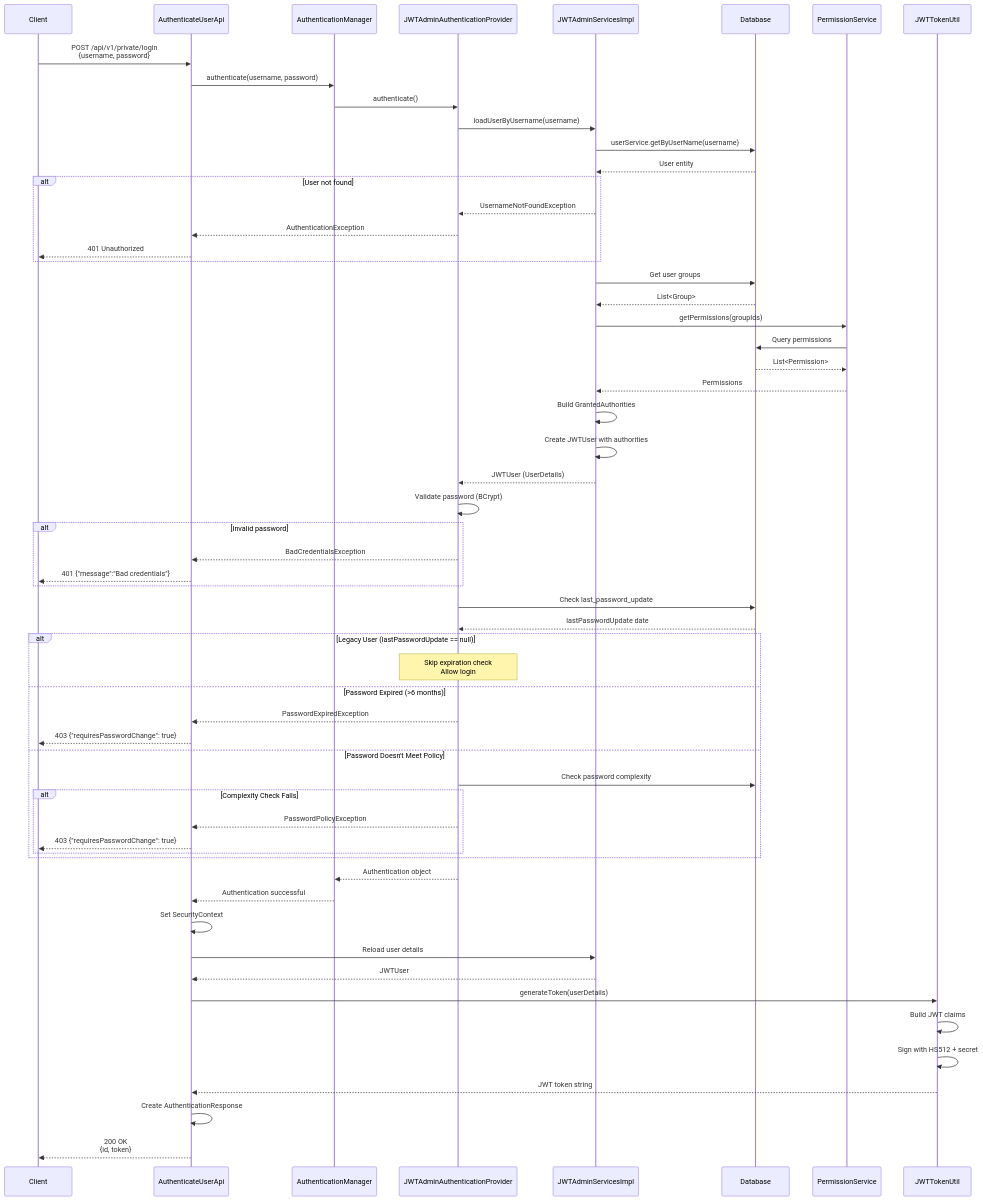
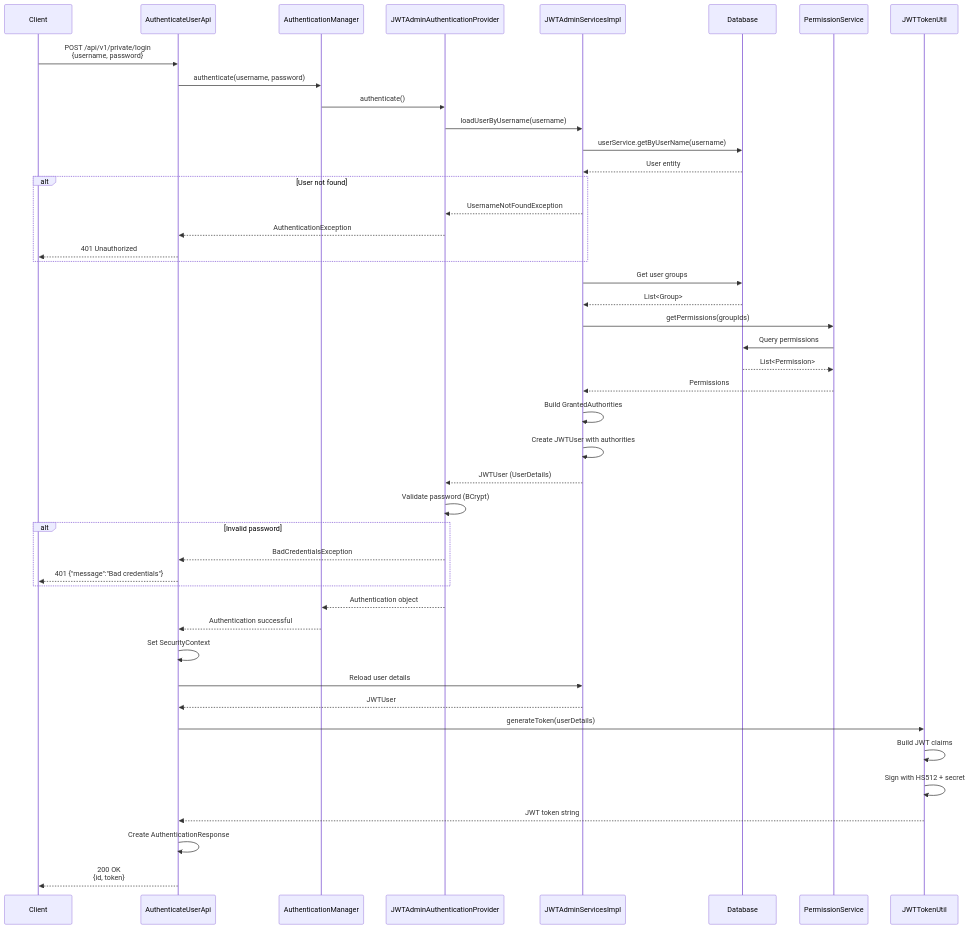
Before and after one commit to vmatviichuk-epam/shopizer: the second of 4 diagrams in docs/login-process.md, drawn with Mermaid. The commit also changed other lines of this file, not shown here.

````diff
--- a/docs/login-process.md
+++ b/docs/login-process.md
@@ -115,76 +105,60 @@
 ```mermaid
 sequenceDiagram
     participant Client
     participant AuthAPI as AuthenticateUserApi
     participant AuthMgr as AuthenticationManager
     participant AuthProvider as JWTAdminAuthenticationProvider
     participant UserService as JWTAdminServicesImpl
     participant DB as Database
     participant PermSvc as PermissionService
     participant TokenUtil as JWTTokenUtil
 
     Client->>AuthAPI: POST /api/v1/private/login<br/>{username, password}
 
     AuthAPI->>AuthMgr: authenticate(username, password)
     AuthMgr->>AuthProvider: authenticate()
 
     AuthProvider->>UserService: loadUserByUsername(username)
     UserService->>DB: userService.getByUserName(username)
     DB-->>UserService: User entity
 
     alt User not found
         UserService-->>AuthProvider: UsernameNotFoundException
         AuthProvider-->>AuthAPI: AuthenticationException
         AuthAPI-->>Client: 401 Unauthorized
     end
 
     UserService->>DB: Get user groups
     DB-->>UserService: List<Group>
 
     UserService->>PermSvc: getPermissions(groupIds)
     PermSvc->>DB: Query permissions
     DB-->>PermSvc: List<Permission>
     PermSvc-->>UserService: Permissions
 
     UserService->>UserService: Build GrantedAuthorities
     UserService->>UserService: Create JWTUser with authorities
     UserService-->>AuthProvider: JWTUser (UserDetails)
 
     AuthProvider->>AuthProvider: Validate password (BCrypt)
 
     alt Invalid password
         AuthProvider-->>AuthAPI: BadCredentialsException
         AuthAPI-->>Client: 401 {"message":"Bad credentials"}
     end
 
-    AuthProvider->>DB: Check last_password_update
-    DB-->>AuthProvider: lastPasswordUpdate date
-
-    alt Legacy User (lastPasswordUpdate == null)
-        Note over AuthProvider: Skip expiration check<br/>Allow login
-    else Password Expired (>6 months)
-        AuthProvider-->>AuthAPI: PasswordExpiredException
-        AuthAPI-->>Client: 403 {"requiresPasswordChange": true}
-    else Password Doesn't Meet Policy
-        AuthProvider->>DB: Check password complexity
-        alt Complexity Check Fails
-            AuthProvider-->>AuthAPI: PasswordPolicyException
-            AuthAPI-->>Client: 403 {"requiresPasswordChange": true}
-        end
-    end
-
     AuthProvider-->>AuthMgr: Authentication object
     AuthMgr-->>AuthAPI: Authentication successful
 
     AuthAPI->>AuthAPI: Set SecurityContext
     AuthAPI->>UserService: Reload user details
     UserService-->>AuthAPI: JWTUser
 
     AuthAPI->>TokenUtil: generateToken(userDetails)
     TokenUtil->>TokenUtil: Build JWT claims
     TokenUtil->>TokenUtil: Sign with HS512 + secret
     TokenUtil-->>AuthAPI: JWT token string
 
     AuthAPI->>AuthAPI: Create AuthenticationResponse
     AuthAPI-->>Client: 200 OK<br/>{id, token}
 ```
````
